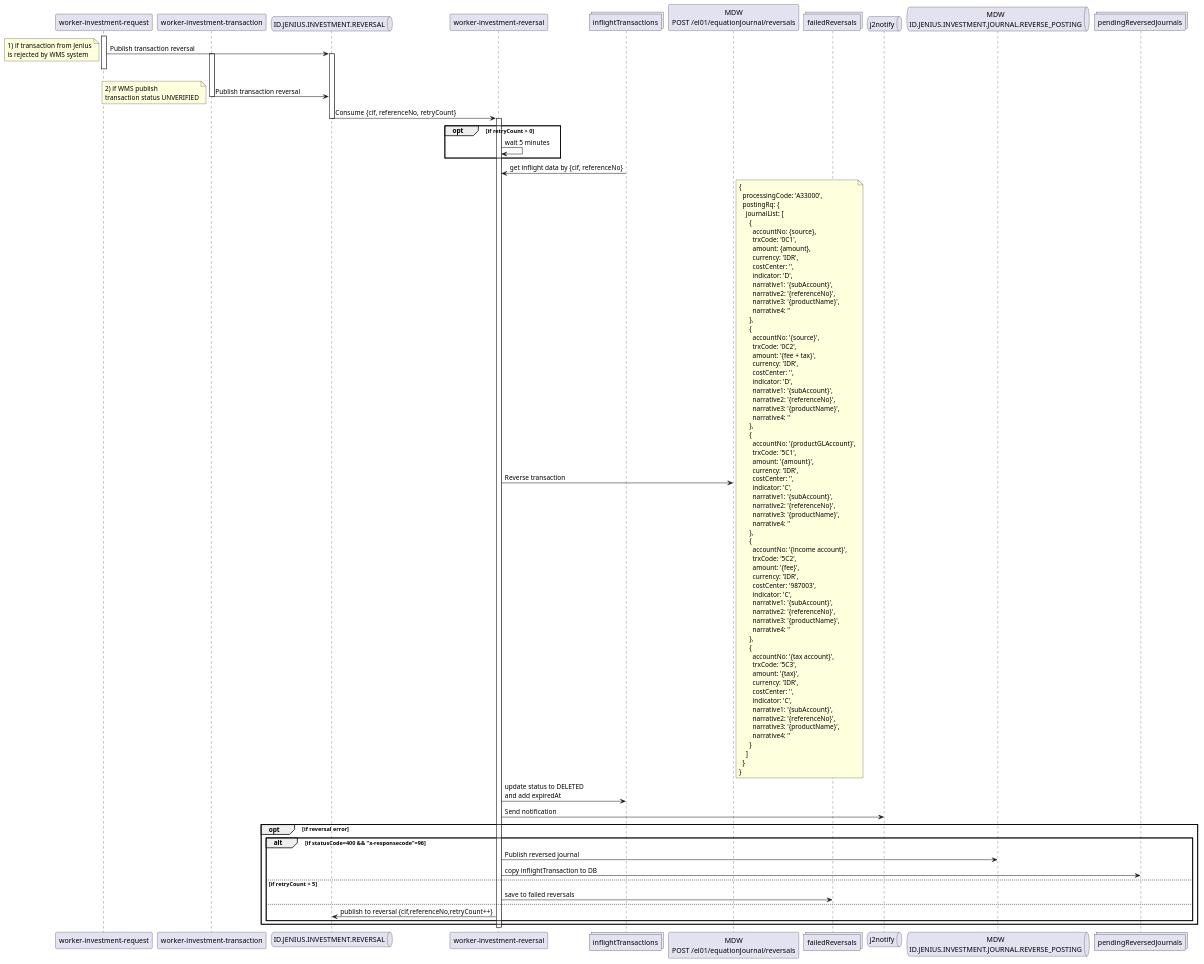
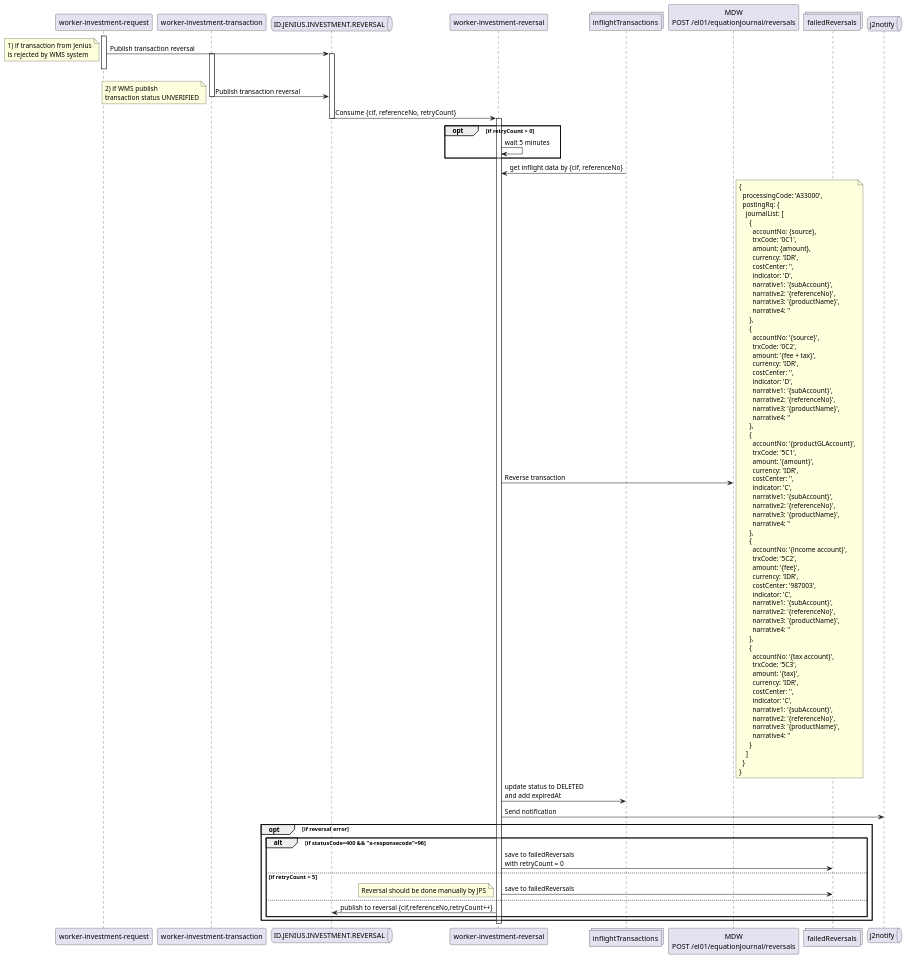
Before and after one commit to iksena/jenius-uml: the diagram in transactionReversal.puml, drawn with PlantUML. The commit also changed 3 other files, not shown here.

```diff
--- a/transactionReversal.puml
+++ b/transactionReversal.puml
@@ -1,119 +1,121 @@
 @startuml reversal transaction
 participant "worker-investment-request" as wireq
 participant "worker-investment-transaction" as wit
 queue "ID.JENIUS.INVESTMENT.REVERSAL" as kafka
 participant "worker-investment-reversal" as wir
 collections "inflightTransactions" as inflights
 participant "MDW\nPOST /el01/equationJournal/reversals" as mdw
 collections "failedReversals" as faileds
 queue "j2notify" as notif
-queue "MDW\nID.JENIUS.INVESTMENT.JOURNAL.REVERSE_POSTING" as kafkaJB
-collections "pendingReversedJournals" as pendings
+' queue "MDW\nID.JENIUS.INVESTMENT.JOURNAL.REVERSE_POSTING" as kafkaJB
+' collections "pendingReversedJournals" as pendings
 
 
 activate wireq
 wireq -> kafka: Publish transaction reversal
 activate kafka
 note left
 1) if transaction from Jenius
 is rejected by WMS system
 end note
 deactivate wireq
 activate wit
 wit -> kafka: Publish transaction reversal
 note left
 2) if WMS publish
 transaction status UNVERIFIED
 end note
 deactivate wit
 kafka -> wir: Consume {cif, referenceNo, retryCount}
 deactivate kafka
 activate wir
 opt if retryCount > 0
 wir -> wir: wait 5 minutes
 end
 wir <- inflights: get inflight data by {cif, referenceNo}
 wir -> mdw: Reverse transaction
 note right
 {
   processingCode: 'A33000',
   postingRq: {
     journalList: [
       {
         accountNo: {source},
         trxCode: '0C1',
         amount: {amount},
         currency: 'IDR',
         costCenter: '',
         indicator: 'D',
         narrative1: '{subAccount}',
         narrative2: '{referenceNo}',
         narrative3: '{productName}',
         narrative4: ''
       },
       {
         accountNo: '{source}',
         trxCode: '0C2',
         amount: '{fee + tax}',
         currency: 'IDR',
         costCenter: '',
         indicator: 'D',
         narrative1: '{subAccount}',
         narrative2: '{referenceNo}',
         narrative3: '{productName}',
         narrative4: ''
       },
       {
         accountNo: '{productGLAccount}',
         trxCode: '5C1',
         amount: '{amount}',
         currency: 'IDR',
         costCenter: '',
         indicator: 'C',
         narrative1: '{subAccount}',
         narrative2: '{referenceNo}',
         narrative3: '{productName}',
         narrative4: ''
       },
       {
         accountNo: '{income account}',
         trxCode: '5C2',
         amount: '{fee}',
         currency: 'IDR',
         costCenter: '987003',
         indicator: 'C',
         narrative1: '{subAccount}',
         narrative2: '{referenceNo}',
         narrative3: '{productName}',
         narrative4: ''
       },
       {
         accountNo: '{tax account}',
         trxCode: '5C3',
         amount: '{tax}',
         currency: 'IDR',
         costCenter: '',
         indicator: 'C',
         narrative1: '{subAccount}',
         narrative2: '{referenceNo}',
         narrative3: '{productName}',
         narrative4: ''
       }
     ]
   }
 }
 end note
 wir -> inflights: update status to DELETED\nand add expiredAt
 wir -> notif: Send notification
 opt if reversal error
 alt if statusCode=400 && "x-responsecode"=96
-wir -> kafkaJB: Publish reversed journal
-wir -> pendings: copy inflightTransaction to DB
+wir -> faileds: save to failedReversals\nwith retryCount = 0
 else if retryCount > 5
-wir -> faileds: save to failed reversals
+wir -> faileds: save to failedReversals
+note left
+Reversal should be done manually by JPS
+end note
 else
 wir -> kafka: publish to reversal {cif,referenceNo,retryCount++}
 end
 end
 deactivate wir
 @enduml
```
